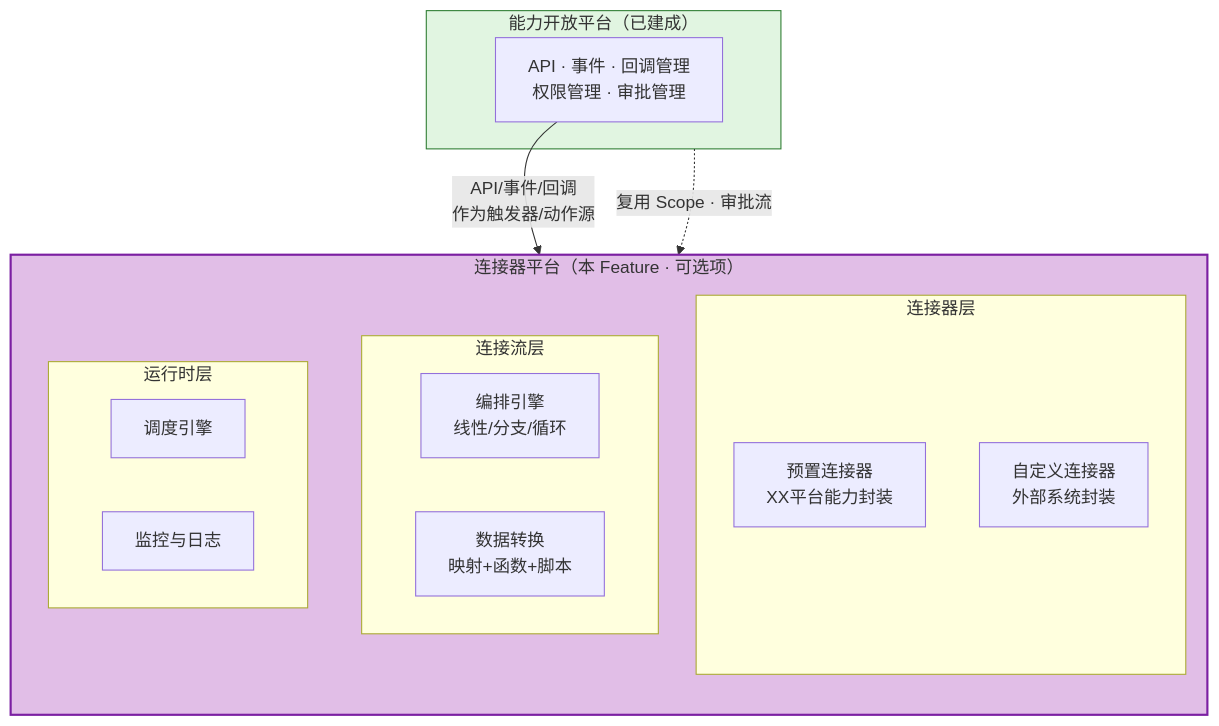
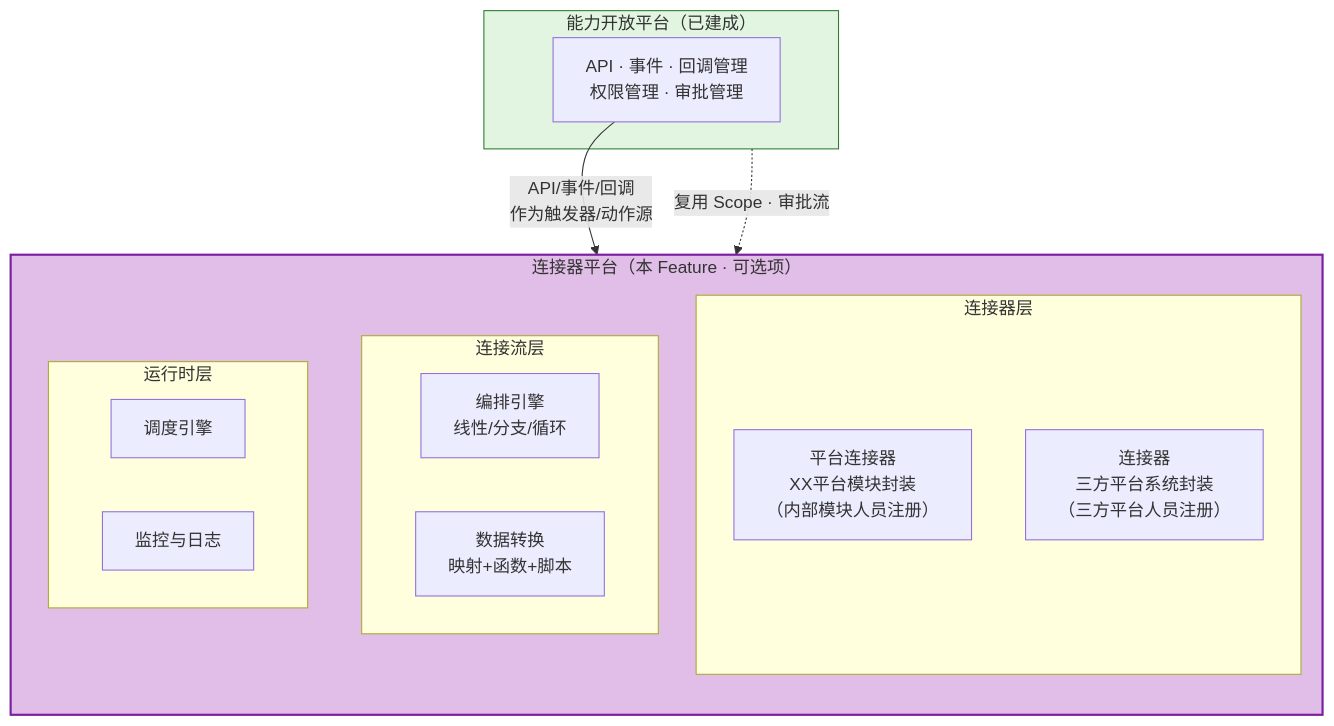
Before and after one commit to THZSummer/open-app: diagram 13 of 13 in .sddu/specs-tree-root/specs-tree-connector-platform/discovery-report.md, drawn with Mermaid. The commit also changed other lines of this file, not shown here.

Commit message:
refactor: 需求挖掘报告v3.0 — 角色重构+术语统一（平台连接器/连接器/连接流）

````diff
--- a/.sddu/specs-tree-root/specs-tree-connector-platform/discovery-report.md
+++ b/.sddu/specs-tree-root/specs-tree-connector-platform/discovery-report.md
@@ -573,28 +583,28 @@
 ```mermaid
 flowchart TB
     subgraph ConnPlat["连接器平台（本 Feature · 可选项）"]
         direction TB
         subgraph CL["连接器层"]
-            CL1[预置连接器<br/>XX平台能力封装]
-            CL2[自定义连接器<br/>外部系统封装]
+            CL1[平台连接器<br/>XX平台模块封装<br/>（内部模块人员注册）]
+            CL2[连接器<br/>三方平台系统封装<br/>（三方平台人员注册）]
         end
         subgraph FL["连接流层"]
             FL1[编排引擎<br/>线性/分支/循环]
             FL2[数据转换<br/>映射+函数+脚本]
         end
         subgraph RT["运行时层"]
             RT1[调度引擎]
             RT2[监控与日志]
         end
     end
     
     subgraph CapPlat["能力开放平台（已建成）"]
         Cap_Node[API · 事件 · 回调管理<br/>权限管理 · 审批管理]
     end
     
     Cap_Node -->|API/事件/回调\n作为触发器/动作源| CL1
     CapPlat -.->|复用 Scope · 审批流| ConnPlat
     
     style ConnPlat fill:#e1bee7,stroke:#7b1fa2,stroke-width:2px
     style CapPlat fill:#e1f5e1,stroke:#2e7d32
 ```
````
